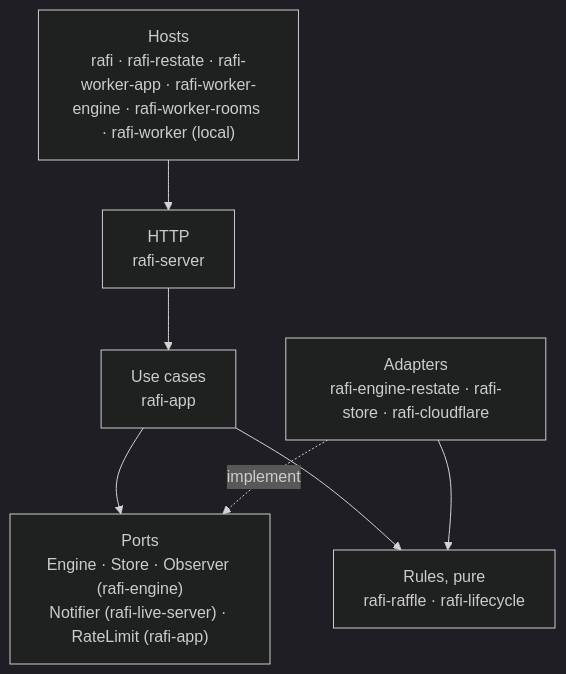
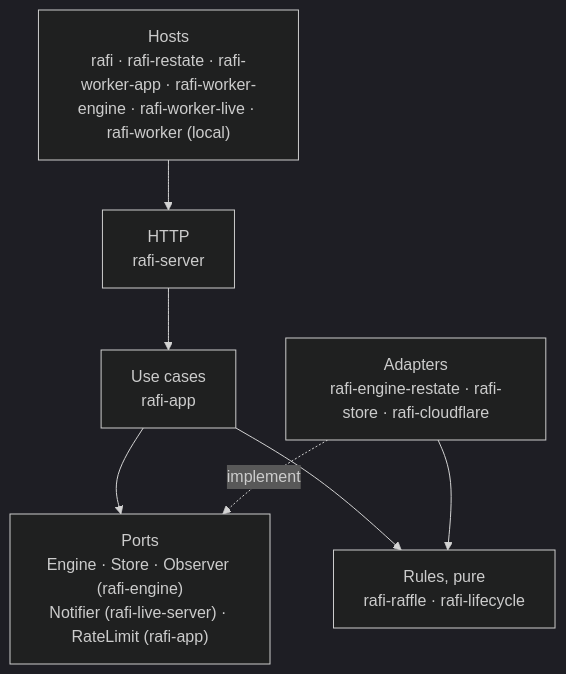
Before and after one commit to sagikazarmark/rafi.orig: the second of 4 diagrams in docs/explanation/architecture.md, drawn with Mermaid (dark theme). The commit also changed other lines of this file and 12 other files, not shown here.

````diff
--- a/docs/explanation/architecture.md
+++ b/docs/explanation/architecture.md
@@ -55,14 +55,14 @@
 ```mermaid
 flowchart TD
-    hosts["Hosts<br/>rafi · rafi-restate · rafi-worker-app · rafi-worker-engine · rafi-worker-rooms · rafi-worker (local)"]
+    hosts["Hosts<br/>rafi · rafi-restate · rafi-worker-app · rafi-worker-engine · rafi-worker-live · rafi-worker (local)"]
     http["HTTP<br/>rafi-server"]
     uc["Use cases<br/>rafi-app"]
     ports["Ports<br/>Engine · Store · Observer (rafi-engine)<br/>Notifier (rafi-live-server) · RateLimit (rafi-app)"]
     adapters["Adapters<br/>rafi-engine-restate · rafi-store · rafi-cloudflare"]
     rules["Rules, pure<br/>rafi-raffle · rafi-lifecycle"]
 
     hosts --> http --> uc --> ports
     adapters -. implement .-> ports
     uc --> rules
     adapters --> rules
 ```
````
